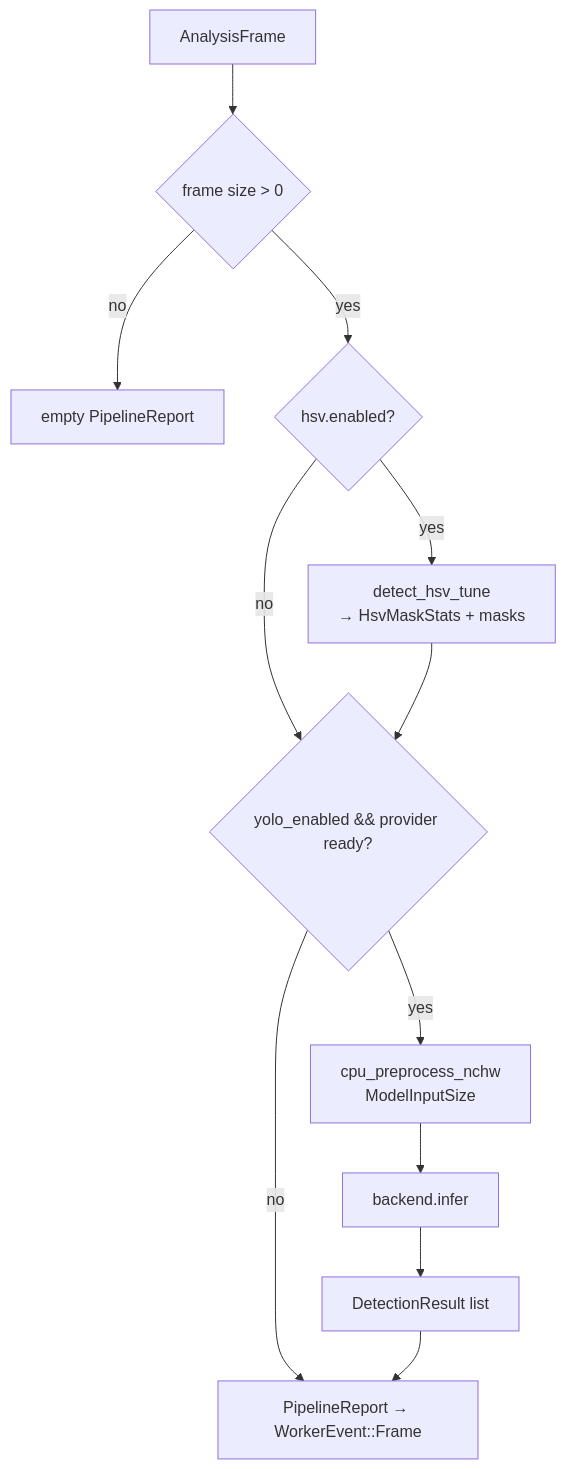
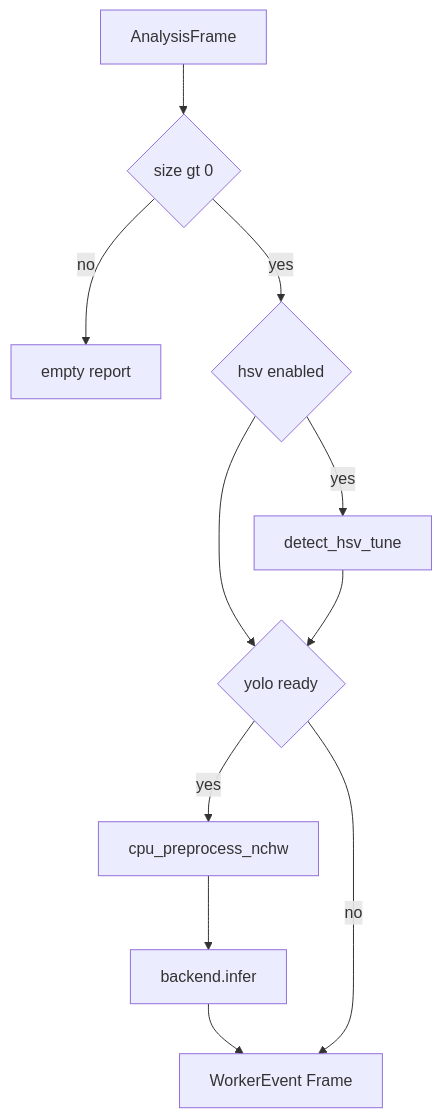
The fifth of 8 diagrams in 파이프라인.md (NAMUORI00/display-share), drawn with Mermaid before and after one commit. The commit also changed other lines of this file and 25 other files, not shown here.

First line of the commit message:
docs(wiki): complete pages for current privacy/DXGI architecture

````diff
--- a/파이프라인.md
+++ b/파이프라인.md
@@ -113,14 +106,13 @@
 ```mermaid
 flowchart TB
-  IN["AnalysisFrame"] --> CHK{"frame size > 0"}
-  CHK -->|no| EMPTY["empty PipelineReport"]
-  CHK -->|yes| HSVQ{"hsv.enabled?"}
-  HSVQ -->|yes| HSV["detect_hsv_tune<br/>→ HsvMaskStats + masks"]
-  HSVQ -->|no| YOLOQ
-  HSV --> YOLOQ{"yolo_enabled && provider ready?"}
-  YOLOQ -->|yes| NCHW["cpu_preprocess_nchw<br/>ModelInputSize"]
-  NCHW --> INF["backend.infer"]
-  INF --> DET["DetectionResult list"]
-  YOLOQ -->|no| OUT
-  DET --> OUT["PipelineReport → WorkerEvent::Frame"]
+  IN[AnalysisFrame] --> OK{size gt 0}
+  OK -->|no| EMPTY[empty report]
+  OK -->|yes| HSVQ{hsv enabled}
+  HSVQ -->|yes| HSV[detect_hsv_tune]
+  HSVQ --> YQ
+  HSV --> YQ{yolo ready}
+  YQ -->|yes| NCHW[cpu_preprocess_nchw]
+  NCHW --> INF[backend.infer]
+  INF --> OUT[WorkerEvent Frame]
+  YQ -->|no| OUT
 ```
````
